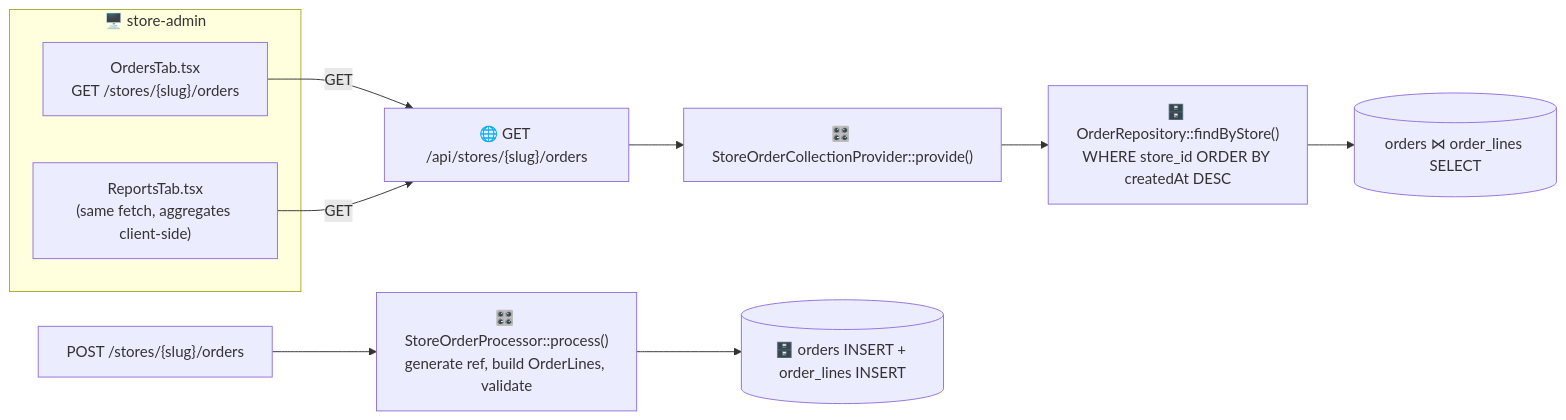
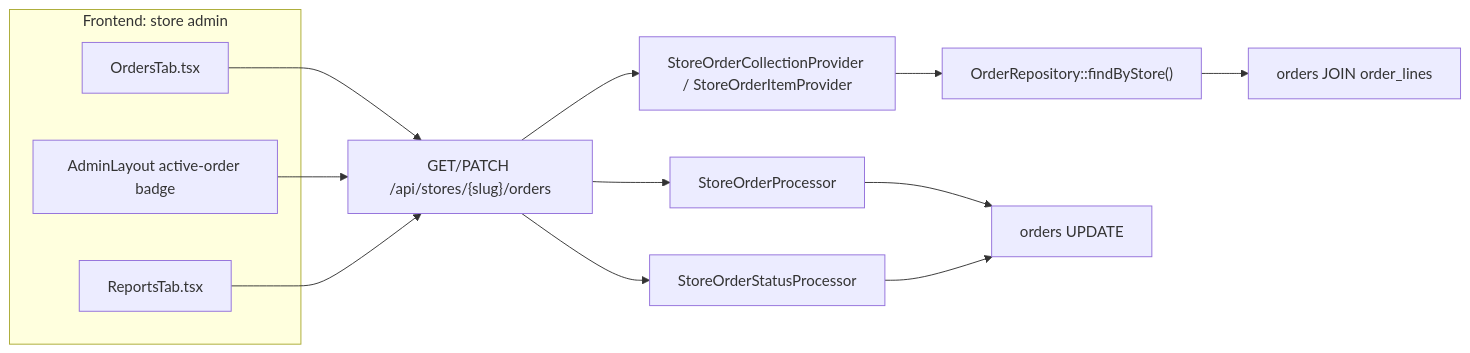
One commit to tedy97123/store changed the fourth of 7 diagrams in architecture/customers-and-orders.md. Above: the diagram before and after it, drawn with Mermaid. The commit also changed other lines of this file and 43 other files, not shown here.

Commit message:
order status and more

````diff
--- a/architecture/customers-and-orders.md
+++ b/architecture/customers-and-orders.md
@@ -100,13 +107,18 @@
 ```mermaid
 flowchart LR
-    subgraph FE["🖥️ store-admin"]
-        ot["OrdersTab.tsx<br/>GET /stores/{slug}/orders"]
-        rt2["ReportsTab.tsx<br/>(same fetch, aggregates client-side)"]
+    subgraph FE["Frontend: store admin"]
+        ot["OrdersTab.tsx"]
+        badge["AdminLayout active-order badge"]
+        reports["ReportsTab.tsx"]
     end
-    ot & rt2 -->|GET| route["🌐 GET /api/stores/{slug}/orders"]
-    route --> prov["🎛️ StoreOrderCollectionProvider::provide()"]
-    prov --> repo["🗄️ OrderRepository::findByStore()<br/>WHERE store_id ORDER BY createdAt DESC"]
-    repo --> db[("orders ⋈ order_lines SELECT")]
-    create["POST /stores/{slug}/orders"] --> op["🎛️ StoreOrderProcessor::process()<br/>generate ref, build OrderLines, validate"]
-    op --> dbw[("🗄️ orders INSERT + order_lines INSERT")]
+    ot --> route["GET/PATCH /api/stores/{slug}/orders"]
+    badge --> route
+    reports --> route
+    route --> read["StoreOrderCollectionProvider / StoreOrderItemProvider"]
+    route --> create["StoreOrderProcessor"]
+    route --> write["StoreOrderStatusProcessor"]
+    read --> repo["OrderRepository::findByStore()"]
+    create --> db
+    write --> db["orders UPDATE"]
+    repo --> db2["orders JOIN order_lines"]
 ```
````
